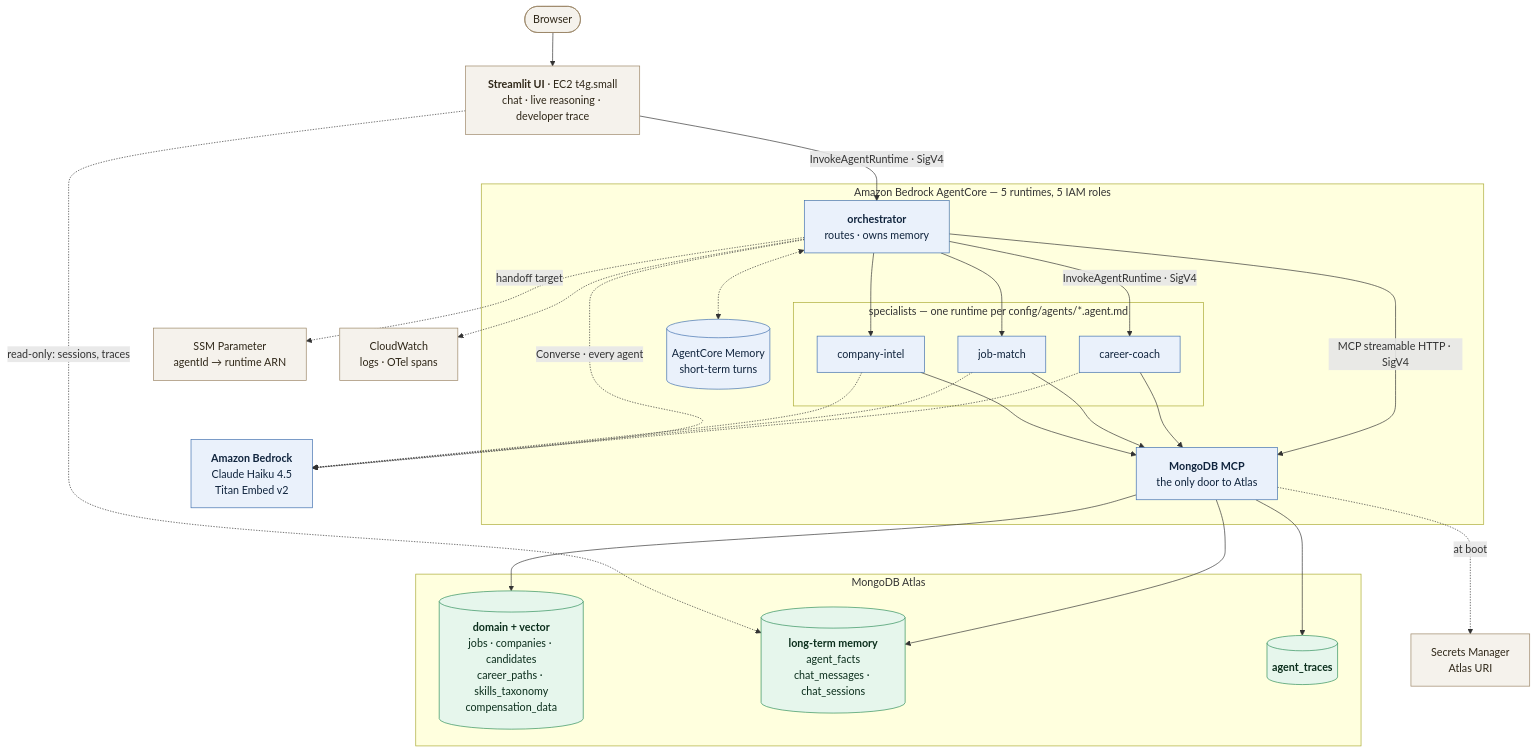
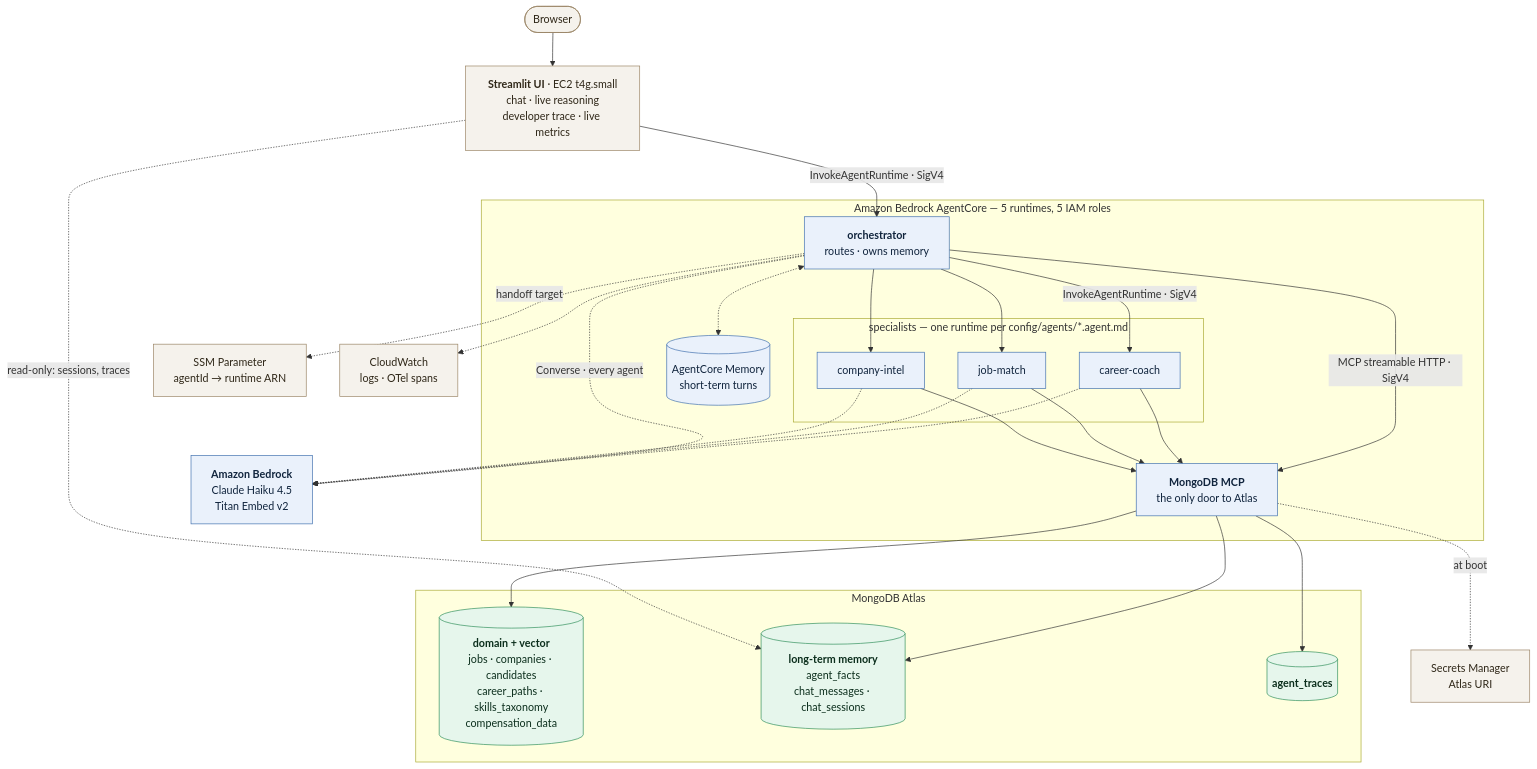
One commit to mongodb-partners/config-driven-agents-agentcore-atlas changed the diagram in README.md. Above: the diagram before and after it, drawn with Mermaid. The commit also changed other lines of this file and 15 other files, not shown here.

````diff
--- a/README.md
+++ b/README.md
@@ -10,62 +10,62 @@
 ```mermaid
 flowchart TB
     browser(["Browser"])
-    ui["<b>Streamlit UI</b> · EC2 t4g.small<br/>chat · live reasoning · developer trace"]
+    ui["<b>Streamlit UI</b> · EC2 t4g.small<br/>chat · live reasoning<br/>developer trace · live metrics"]
 
     subgraph ac["Amazon Bedrock AgentCore — 5 runtimes, 5 IAM roles"]
         orch["<b>orchestrator</b><br/>routes · owns memory"]
 
         subgraph spec["specialists — one runtime per config/agents/*.agent.md"]
             cc["career-coach"]
             jm["job-match"]
             ci["company-intel"]
         end
 
         mcpr["<b>MongoDB MCP</b><br/>the only door to Atlas"]
         acm[("AgentCore Memory<br/>short-term turns")]
     end
 
     subgraph atlas["MongoDB Atlas"]
         dom[("<b>domain + vector</b><br/>jobs · companies · candidates<br/>career_paths · skills_taxonomy<br/>compensation_data")]
         ltm[("<b>long-term memory</b><br/>agent_facts<br/>chat_messages · chat_sessions")]
         trc[("<b>agent_traces</b>")]
     end
 
     models["<b>Amazon Bedrock</b><br/>Claude Haiku 4.5<br/>Titan Embed v2"]
     ssm["SSM Parameter<br/>agentId → runtime ARN"]
     sec["Secrets Manager<br/>Atlas URI"]
     cw["CloudWatch<br/>logs · OTel spans"]
 
     browser --> ui
     ui -->|"InvokeAgentRuntime · SigV4"| orch
 
     orch -->|"InvokeAgentRuntime · SigV4"| cc
     orch --> jm
     orch --> ci
 
     orch -->|"MCP streamable HTTP · SigV4"| mcpr
     cc --> mcpr
     jm --> mcpr
     ci --> mcpr
 
     mcpr --> dom
     mcpr --> ltm
     mcpr --> trc
 
     orch <-.-> acm
     orch -.->|"handoff target"| ssm
     orch -.->|"Converse · every agent"| models
     cc -.-> models
     jm -.-> models
     ci -.-> models
     mcpr -.->|"at boot"| sec
     orch -.-> cw
     ui -.->|"read-only: sessions, traces"| ltm
 
     classDef aws fill:#eaf1fb,stroke:#3f6fae,stroke-width:1px,color:#10243d
     classDef mdb fill:#e6f6ec,stroke:#2f8f5b,stroke-width:1px,color:#0b2e1c
     classDef side fill:#f5f2ec,stroke:#9a8465,stroke-width:1px,color:#2f2718
     class orch,cc,jm,ci,mcpr,acm,models aws
     class dom,ltm,trc mdb
     class ui,ssm,sec,cw,browser side
 ```
````
